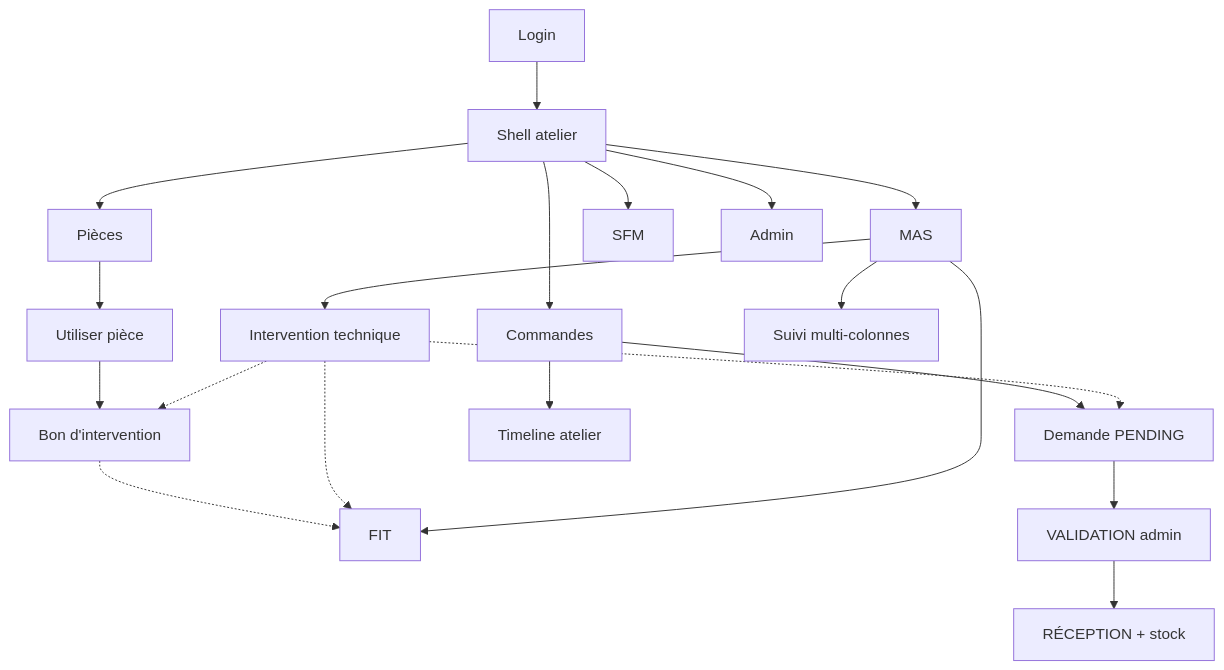
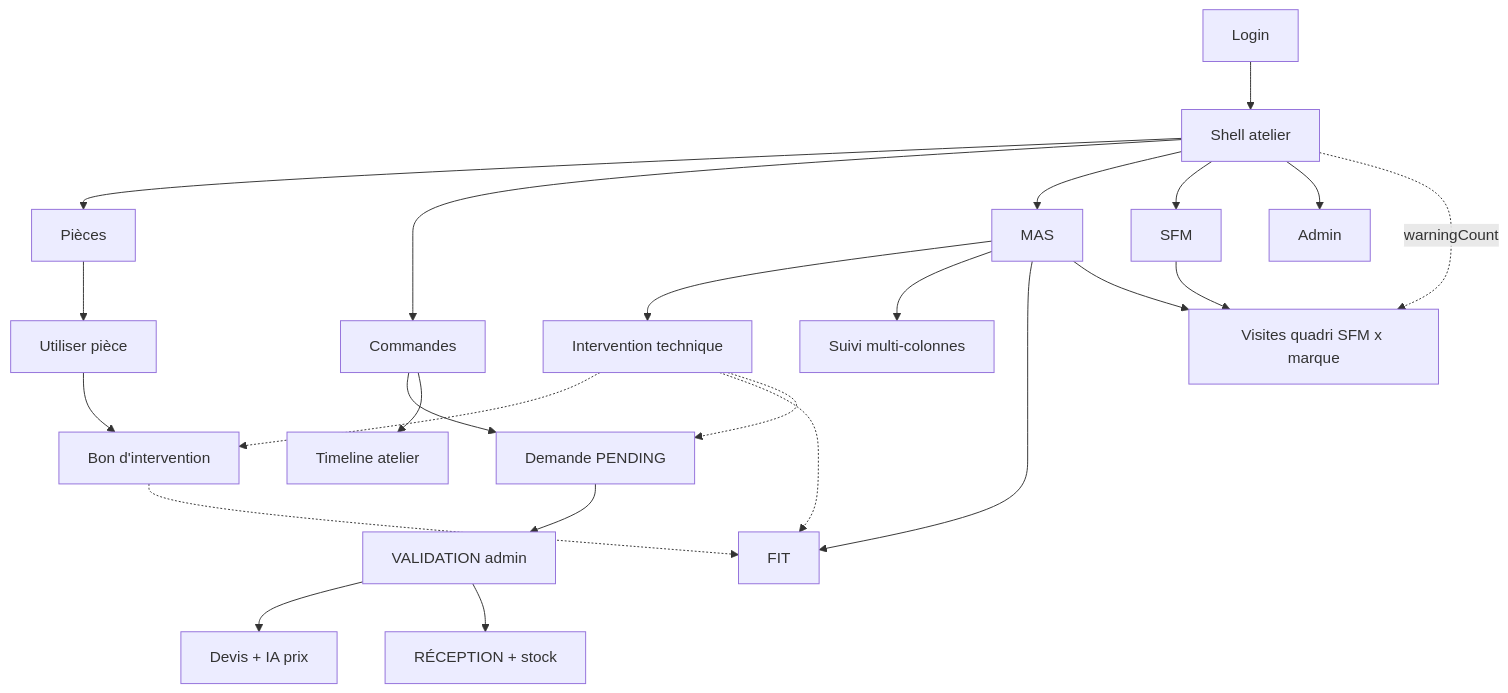
The diagram in README.md (AngeloGarzia/DeviceManager), drawn with Mermaid before and after one commit. The commit also changed other lines of this file and 40 other files, not shown here.

````diff
--- a/README.md
+++ b/README.md
@@ -271,26 +323,30 @@
 ```mermaid
 flowchart TB
   Login[Login] --> Shell[Shell atelier]
   Shell --> Pieces[Pièces]
   Shell --> Cmd[Commandes]
   Shell --> Mas[MAS]
   Shell --> Sfm[SFM]
   Shell --> Admin[Admin]
 
   Pieces --> Use[Utiliser pièce]
   Use --> Bon[Bon d'intervention]
   Bon -.-> Fit[FIT]
 
   Cmd --> Demande[Demande PENDING]
   Demande --> Val[VALIDATION admin]
+  Val --> Devis[Devis + IA prix]
   Val --> Rec[RÉCEPTION + stock]
 
   Mas --> IT[Intervention technique]
   IT -.-> Bon
   IT -.-> Fit
   IT -.-> Demande
   Mas --> Suivi[Suivi multi-colonnes]
   Mas --> Fit
+  Mas --> VQ[Visites quadri SFM x marque]
+  Sfm --> VQ
 
   Cmd --> Timeline[Timeline atelier]
+  Shell -.->|warningCount| VQ
 ```
````
